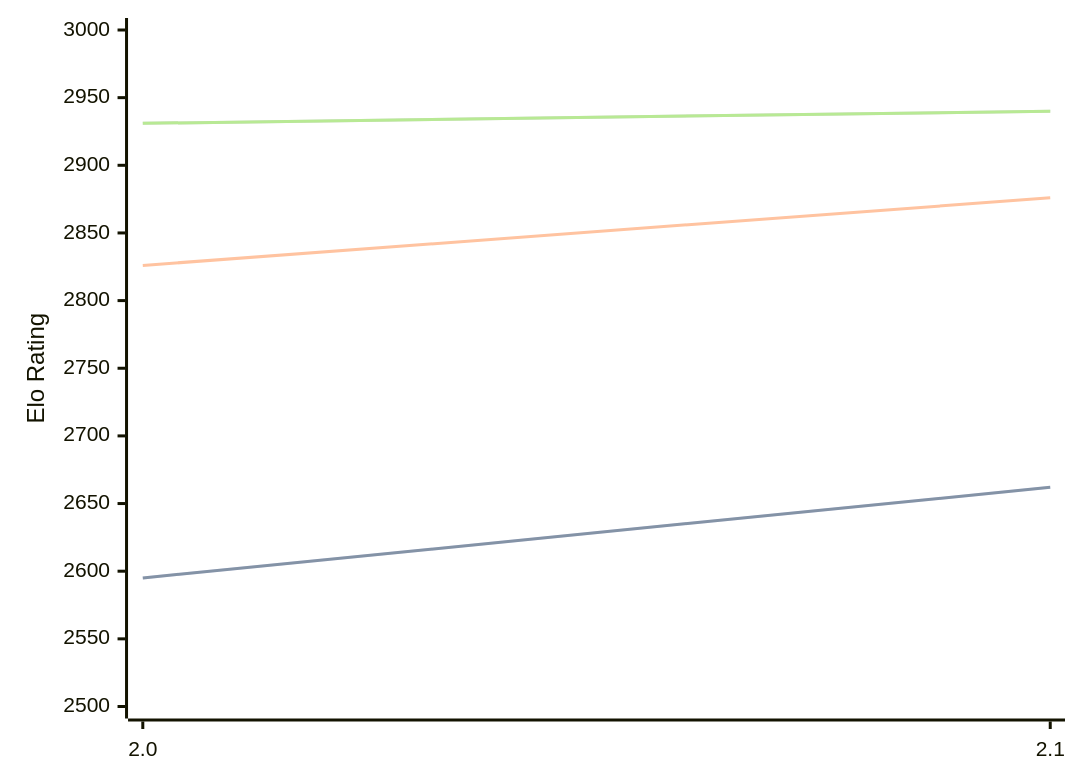
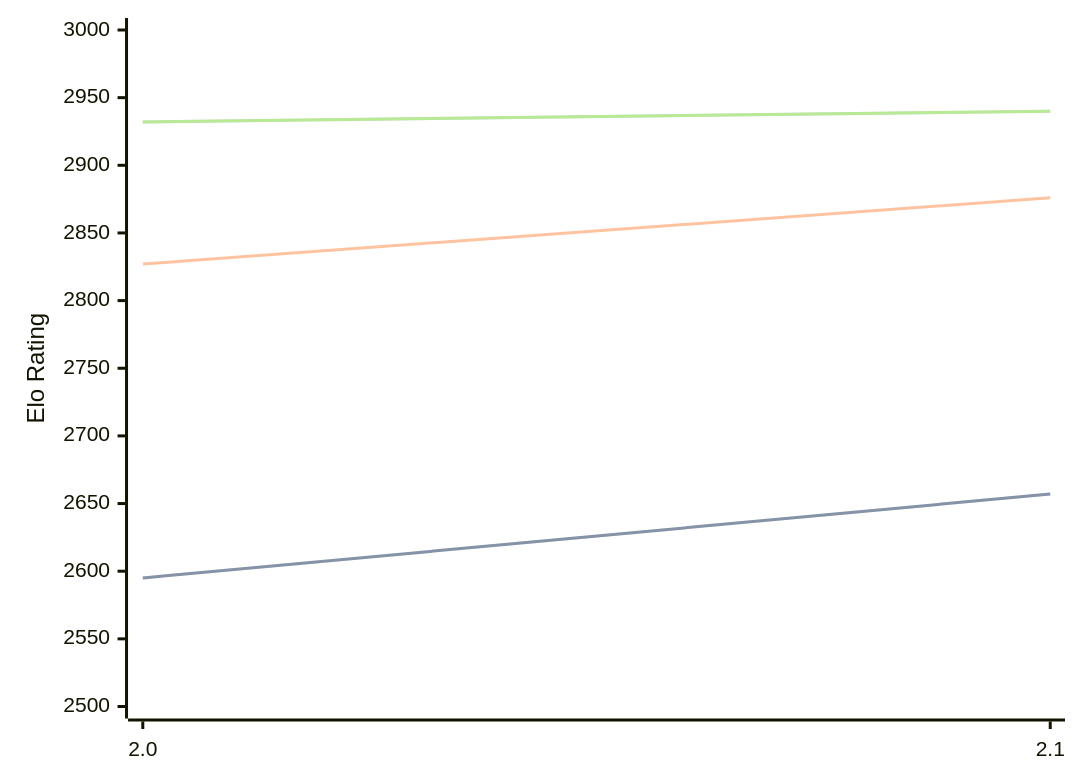
Before and after one commit to computer-chess-index/cci: the diagram in engines/Noggin.md, drawn with Mermaid. The commit also changed other lines of this file, not shown here.

Commit message:
Update CCI Ratings (ELO VLTC) - 2026-08-23

````diff
--- a/engines/Noggin.md
+++ b/engines/Noggin.md
@@ -33,11 +33,11 @@
 ```mermaid
 %%{init: {"theme":"base","themeVariables":{"seriesColors:['#a3a3a3','#222221','#faa371']}}}%%
 xychart-beta
   x-axis ["2.0", "2.1"]
   y-axis "Elo Rating" 2500 --> 3000
-  line "STC (8.0+0.08s)" [2595, 2662]
-  line "STC (8.0+0.08s)" [2595, 2662]
-  line "LTC (60.0+0.60s)" [2826, 2876]
-  line "VLTC (2m24s+1.12s)" [2931, 2940]
-  line "VLTC (2m24s+1.12s)" [2931, 2940]
+  line "STC (8.0+0.08s)" [2595, 2657]
+  line "STC (8.0+0.08s)" [2595, 2657]
+  line "LTC (60.0+0.60s)" [2827, 2876]
+  line "VLTC (2m24s+1.12s)" [2932, 2940]
+  line "VLTC (2m24s+1.12s)" [2932, 2940]
 ```
````
